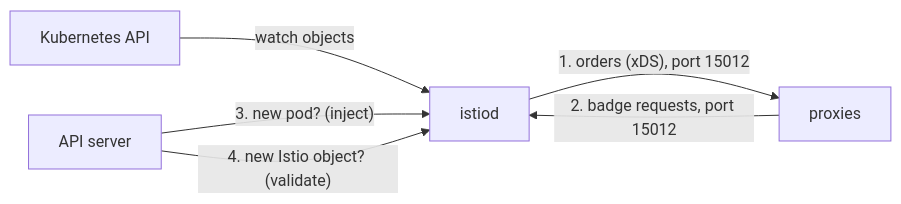
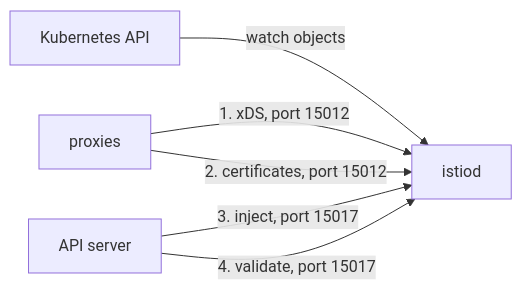
One commit to astrona-io/ATS016 changed the diagram in sections/section-030/module-01/course-01-the-four-jobs-of-istiod.md. Above: the diagram before and after it, drawn with Mermaid. The commit also changed other lines of this file and 38 other files, not shown here.

````diff
--- a/sections/section-030/module-01/course-01-the-four-jobs-of-istiod.md
+++ b/sections/section-030/module-01/course-01-the-four-jobs-of-istiod.md
@@ -9,8 +9,8 @@
 ```mermaid
 flowchart LR
     K["Kubernetes API"] -->|"watch objects"| I["istiod"]
-    I -->|"1. orders (xDS), port 15012"| P["proxies"]
-    P -->|"2. badge requests, port 15012"| I
-    A["API server"] -->|"3. new pod? (inject)"| I
-    A -->|"4. new Istio object? (validate)"| I
+    P["proxies"] -->|"1. xDS, port 15012"| I
+    P -->|"2. certificates, port 15012"| I
+    A["API server"] -->|"3. inject, port 15017"| I
+    A -->|"4. validate, port 15017"| I
 ```
````
